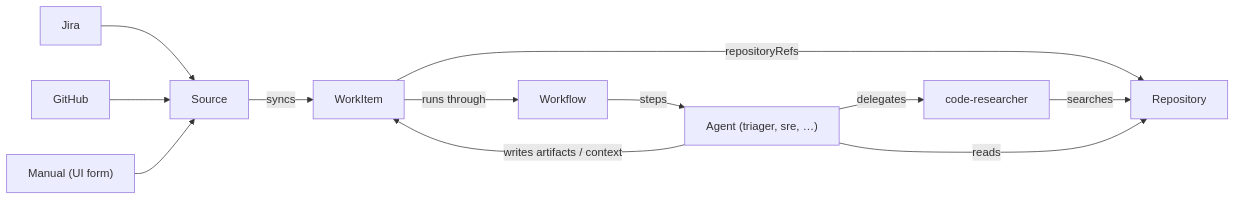
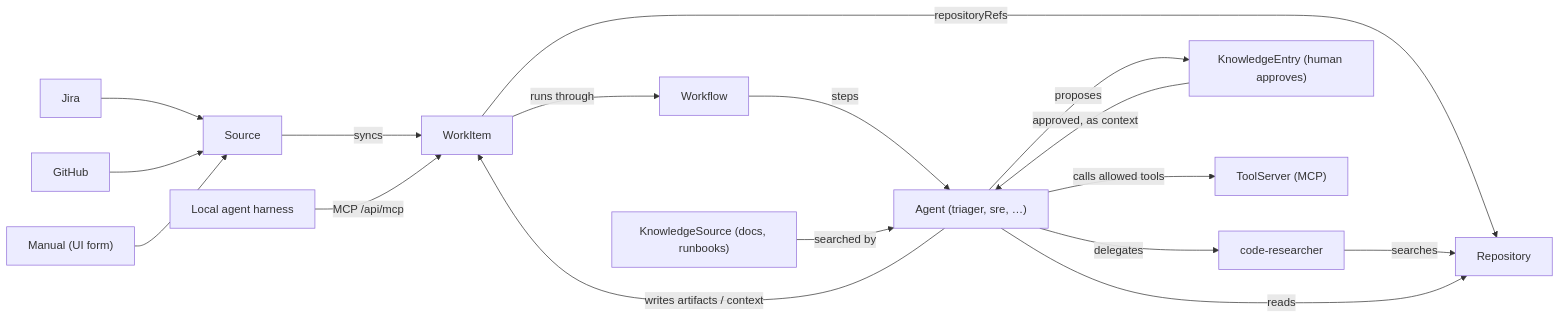
The first of 4 diagrams in docs/architecture.md (ron96g/software-factory), drawn with Mermaid before and after one commit. The commit also changed other lines of this file and 99 other files, not shown here.

````diff
--- a/docs/architecture.md
+++ b/docs/architecture.md
@@ -15,14 +15,19 @@
 ```mermaid
 flowchart LR
   Jira[Jira] --> Source
   GitHub[GitHub] --> Source
   Manual["Manual (UI form)"] --> Source
   Source -- syncs --> WorkItem
   WorkItem -- runs through --> Workflow
   WorkItem -- repositoryRefs --> Repository
   Workflow -- steps --> Agent["Agent (triager, sre, …)"]
   Agent -- delegates --> CR[code-researcher]
   CR -- searches --> Repository
   Agent -- reads --> Repository
   Agent -- writes artifacts / context --> WorkItem
+  Agent -- proposes --> KE["KnowledgeEntry (human approves)"]
+  KE -- approved, as context --> Agent
+  KS["KnowledgeSource (docs, runbooks)"] -- searched by --> Agent
+  Agent -- calls allowed tools --> TS["ToolServer (MCP)"]
+  Harness["Local agent harness"] -- MCP /api/mcp --> WorkItem
 ```
````
